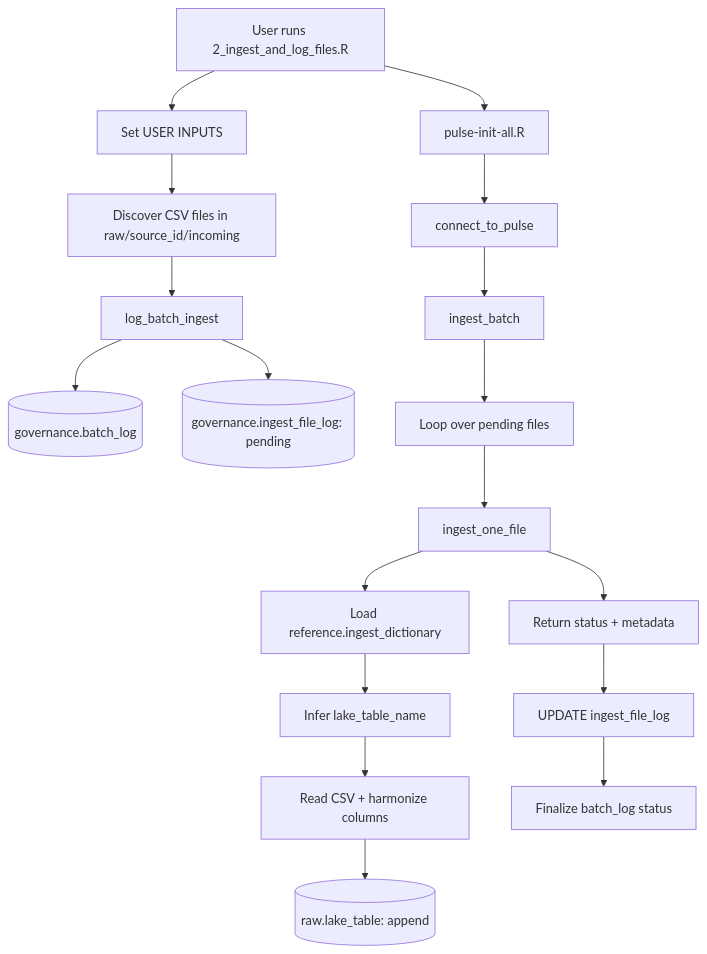
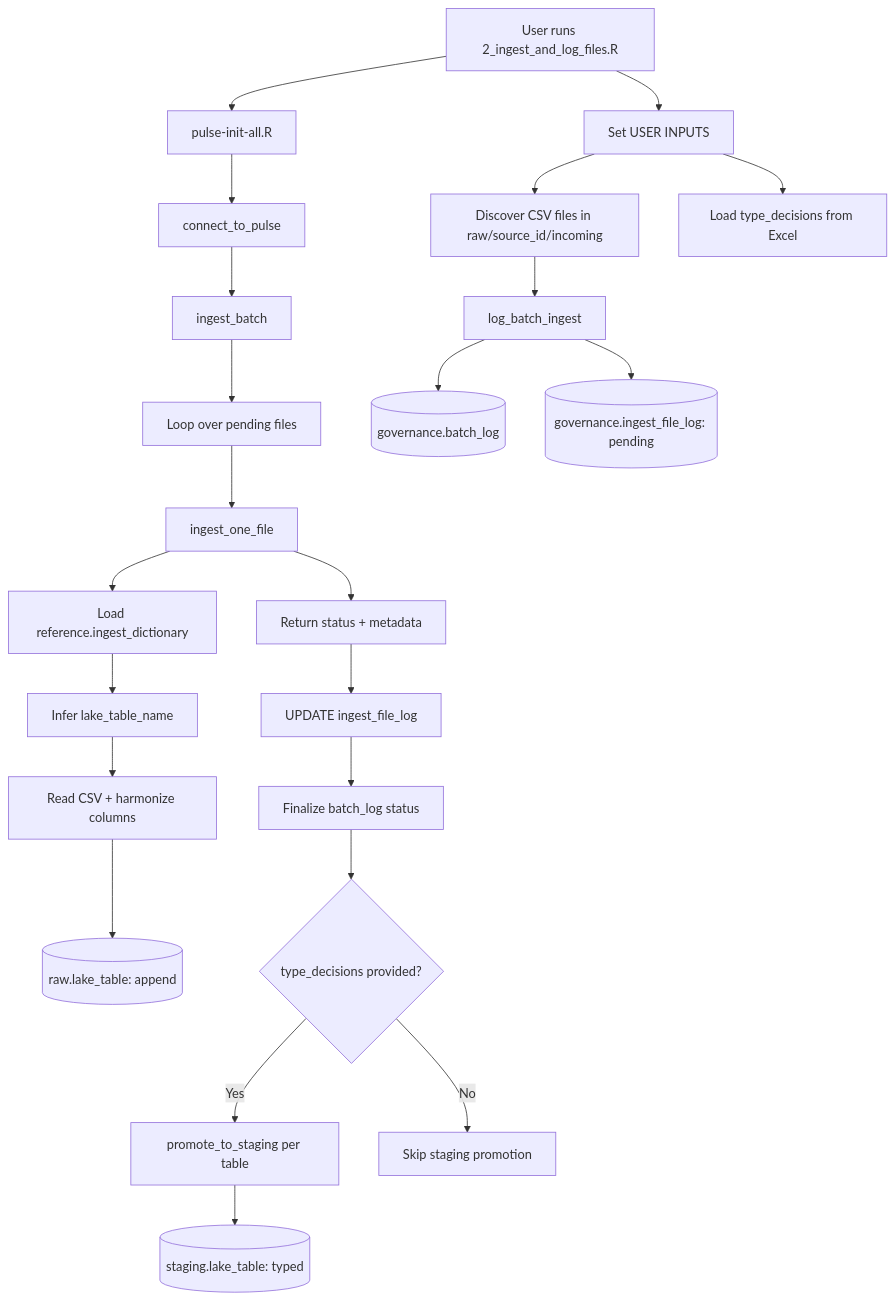
The second of 5 diagrams in README.md (NBrittonPhD/pulse-pipeline), drawn with Mermaid before and after one commit. The commit also changed other lines of this file and 6 other files, not shown here.

First line of the commit message:
Update docs to reflect automated raw → staging promotion and current pipeline state

````diff
--- a/README.md
+++ b/README.md
@@ -228,24 +228,29 @@
 ```mermaid
 flowchart TD
     A[User runs 2_ingest_and_log_files.R] --> B[pulse-init-all.R]
     A --> C[Set USER INPUTS]
     B --> D[connect_to_pulse]
     C --> E[Discover CSV files in raw/source_id/incoming]
+    C --> E2[Load type_decisions from Excel]
 
     E --> F[log_batch_ingest]
     F --> G[(governance.batch_log)]
     F --> H[(governance.ingest_file_log: pending)]
 
     D --> I[ingest_batch]
     I --> J[Loop over pending files]
     J --> K[ingest_one_file]
 
     K --> L[Load reference.ingest_dictionary]
     L --> M[Infer lake_table_name]
     M --> N[Read CSV + harmonize columns]
     N --> O[(raw.lake_table: append)]
     K --> P[Return status + metadata]
 
     P --> Q[UPDATE ingest_file_log]
     Q --> R[Finalize batch_log status]
+    R --> S{type_decisions provided?}
+    S -->|Yes| T[promote_to_staging per table]
+    T --> U[(staging.lake_table: typed)]
+    S -->|No| V[Skip staging promotion]
 ```
````
